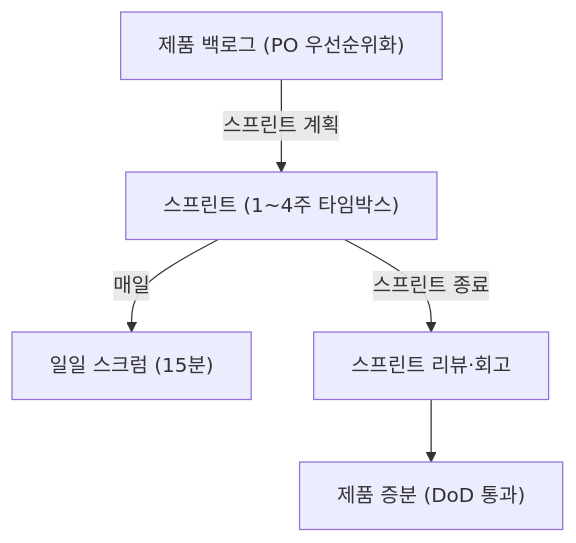
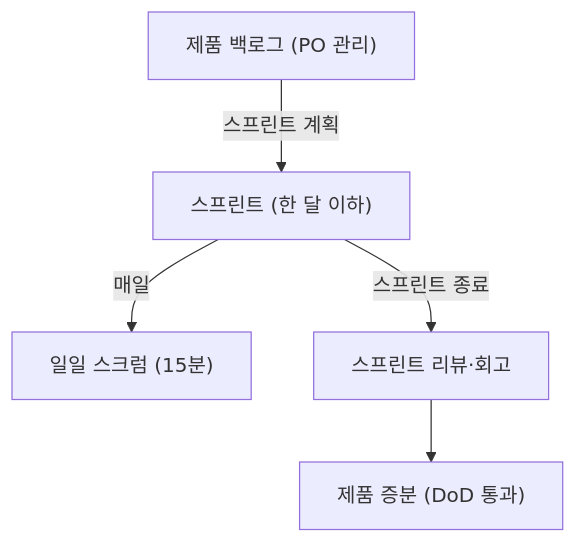
One commit to agnusdei1207/study changed the first of 2 diagrams in src/content/docs/notes/itpe/02-software-engineering/025_scrum.md. Above: the diagram before and after it, drawn with Mermaid. The commit also changed other lines of this file, not shown here.

````diff
--- a/src/content/docs/notes/itpe/02-software-engineering/025_scrum.md
+++ b/src/content/docs/notes/itpe/02-software-engineering/025_scrum.md
@@ -99,7 +104,7 @@
 ```mermaid
 flowchart TB
-    PB["제품 백로그 (PO 우선순위화)"] -->|"스프린트 계획"| S["스프린트 (1~4주 타임박스)"]
+    PB["제품 백로그 (PO 관리)"] -->|"스프린트 계획"| S["스프린트 (한 달 이하)"]
     S -->|"매일"| DS["일일 스크럼 (15분)"]
     S -->|"스프린트 종료"| RR["스프린트 리뷰·회고"]
     RR --> INC["제품 증분 (DoD 통과)"]
 ```
````
